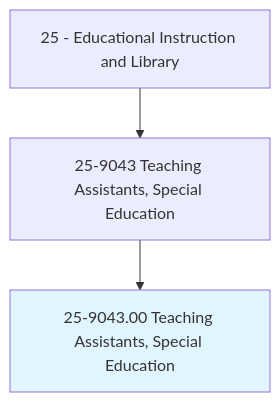
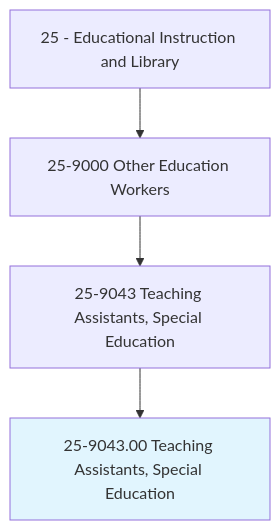
Before and after one commit to kziemski/business.org.ai: the first of 4 diagrams in occupations/Education/TeachingAssistantsSpecialEducation.mdx, drawn with Mermaid. The commit also changed other lines of this file and 938 other files, not shown here.

````diff
--- a/occupations/Education/TeachingAssistantsSpecialEducation.mdx
+++ b/occupations/Education/TeachingAssistantsSpecialEducation.mdx
@@ -19,6 +23,7 @@
 ```mermaid
 graph TD
-    Cat25["25 - Educational Instruction and Library"] --> Group259043["25-9043 Teaching Assistants, Special Education"]
+    Cat25["25 - Educational Instruction and Library"] --> Group259["25-9000 Other Education Workers"]
+    Group259 --> Group259043["25-9043 Teaching Assistants, Special Education"]
     Group259043 --> Current["25-9043.00 Teaching Assistants, Special Education"]
     style Current fill:#e1f5fe
 ```
````
